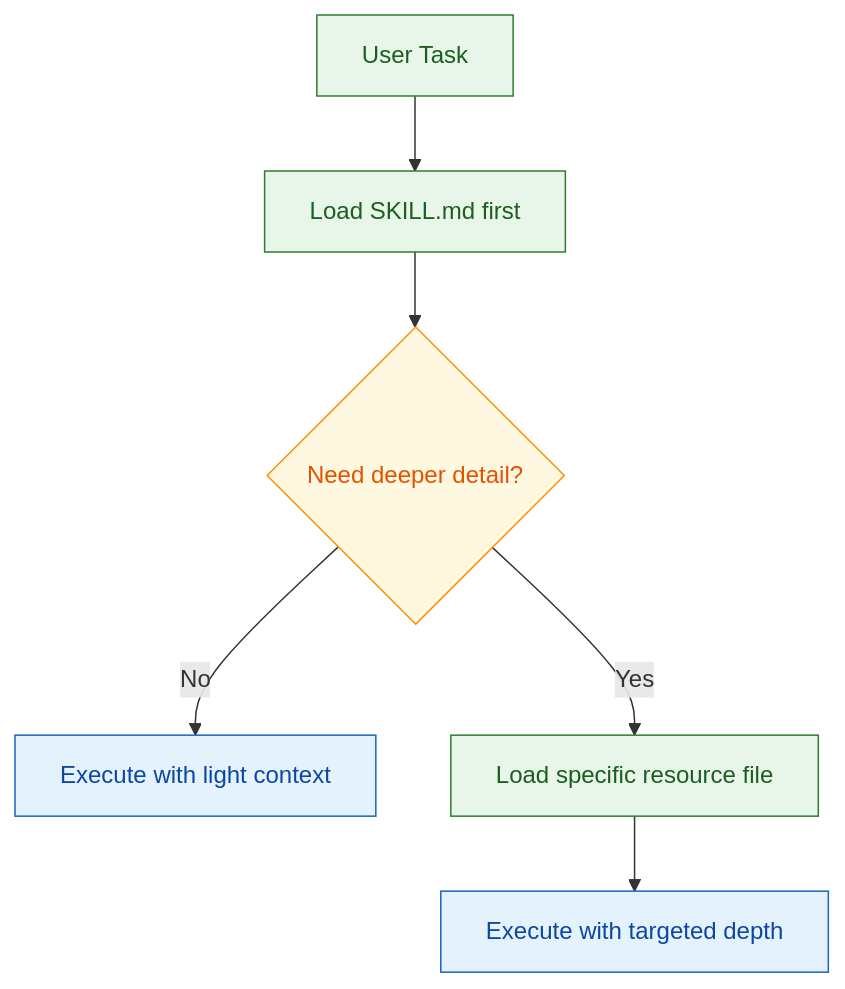
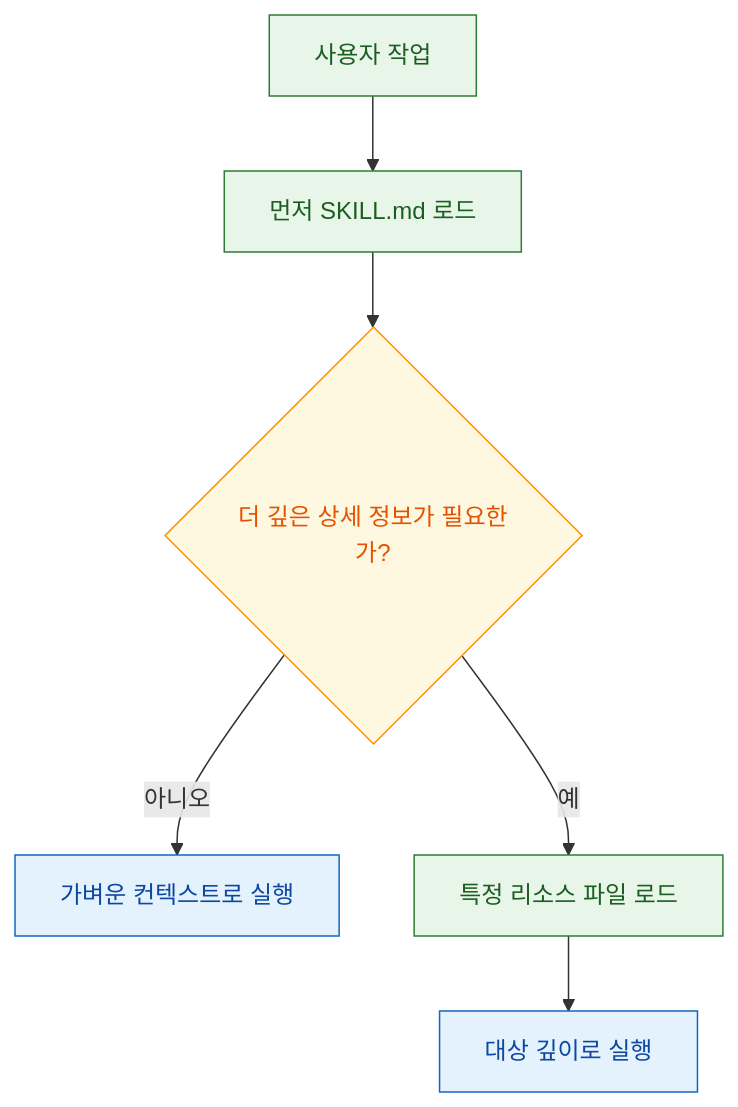
Before and after one commit to gyuha/blog: the third of 4 diagrams in content/post/2026/2026-02-23-claude-code-infrastructure-showcase-integration-guide.md, drawn with Mermaid. The commit also changed other lines of this file, not shown here.

````diff
--- a/content/post/2026/2026-02-23-claude-code-infrastructure-showcase-integration-guide.md
+++ b/content/post/2026/2026-02-23-claude-code-infrastructure-showcase-integration-guide.md
@@ -90,15 +90,15 @@
 ```mermaid
 flowchart TD
-  A["User Task"] --> B["Load SKILL.md first"]
-  B --> C{"Need deeper detail?"}
-  C -->|"No"| D["Execute with light context"]
-  C -->|"Yes"| E["Load specific resource file"]
-  E --> F["Execute with targeted depth"]
+  A["사용자 작업"] --> B["먼저 SKILL.md 로드"]
+  B --> C{"더 깊은 상세 정보가 필요한가?"}
+  C -->|"아니오"| D["가벼운 컨텍스트로 실행"]
+  C -->|"예"| E["특정 리소스 파일 로드"]
+  E --> F["대상 깊이로 실행"]
 
   classDef base fill:#e8f5e9,stroke:#2e7d32,color:#1b5e20
   classDef decision fill:#fff8e1,stroke:#ff8f00,color:#e65100
   classDef output fill:#e3f2fd,stroke:#1565c0,color:#0d47a1
   class A,B,E base
   class C decision
   class D,F output
 ```
````
